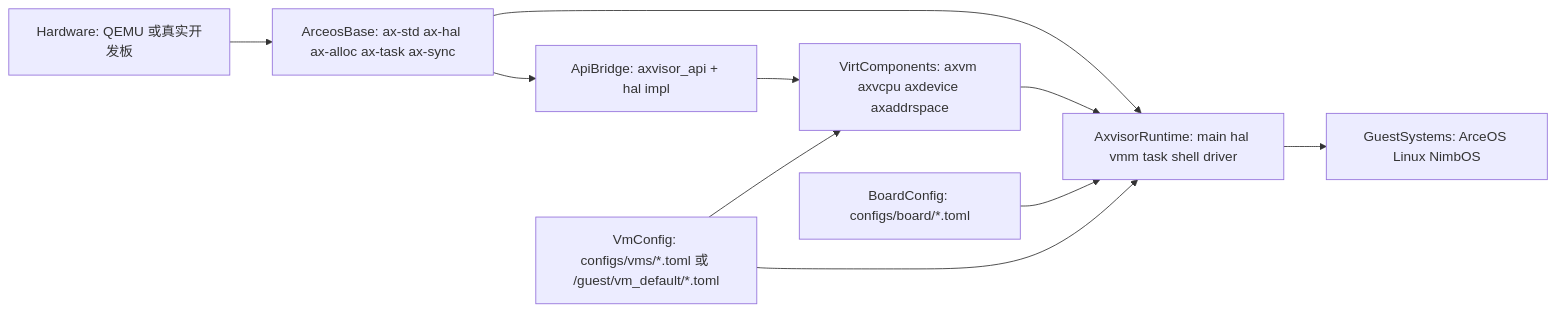
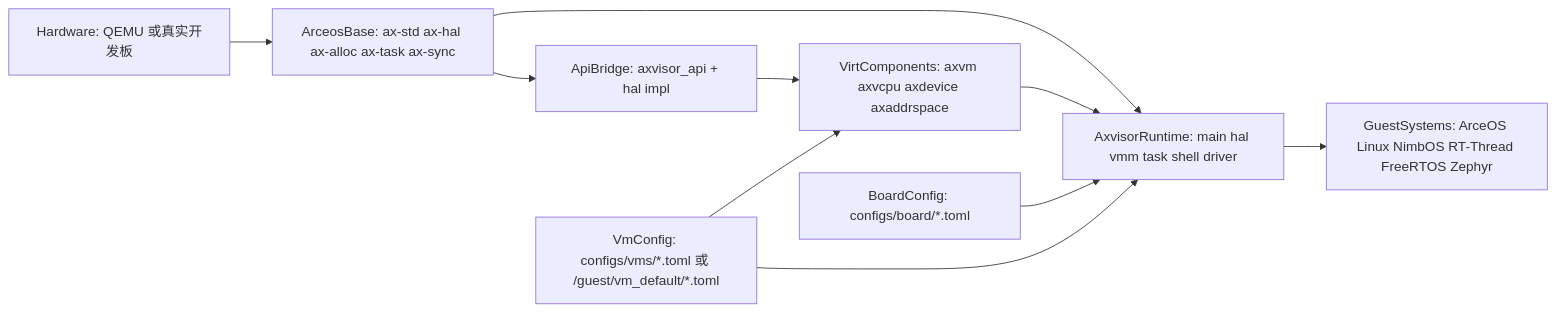
The first of 5 diagrams in docs/docs/design/architecture/axvisor-internals.md (rcore-os/tgoskits), drawn with Mermaid before and after one commit. The commit also changed other lines of this file and 3 other files, not shown here.

Commit message:
docs: update architecture documentation for ArceOS, Axvisor, and StarryOS with enhanced details and flowcharts

````diff
--- a/docs/docs/design/architecture/axvisor-internals.md
+++ b/docs/docs/design/architecture/axvisor-internals.md
@@ -26,21 +26,21 @@
 ```mermaid
 flowchart LR
     hardware["Hardware: QEMU 或真实开发板"]
     arceosBase["ArceosBase: ax-std ax-hal ax-alloc ax-task ax-sync"]
     virtComponents["VirtComponents: axvm axvcpu axdevice axaddrspace"]
     apiBridge["ApiBridge: axvisor_api + hal impl"]
     axvisorRuntime["AxvisorRuntime: main hal vmm task shell driver"]
-    guestSystems["GuestSystems: ArceOS Linux NimbOS"]
+    guestSystems["GuestSystems: ArceOS Linux NimbOS RT-Thread FreeRTOS Zephyr"]
     boardConfig["BoardConfig: configs/board/*.toml"]
     vmConfig["VmConfig: configs/vms/*.toml 或 /guest/vm_default/*.toml"]
 
     hardware --> arceosBase
     arceosBase --> apiBridge
     arceosBase --> axvisorRuntime
     virtComponents --> axvisorRuntime
     apiBridge --> virtComponents
     axvisorRuntime --> guestSystems
     boardConfig --> axvisorRuntime
     vmConfig --> axvisorRuntime
     vmConfig --> virtComponents
 ```
````
